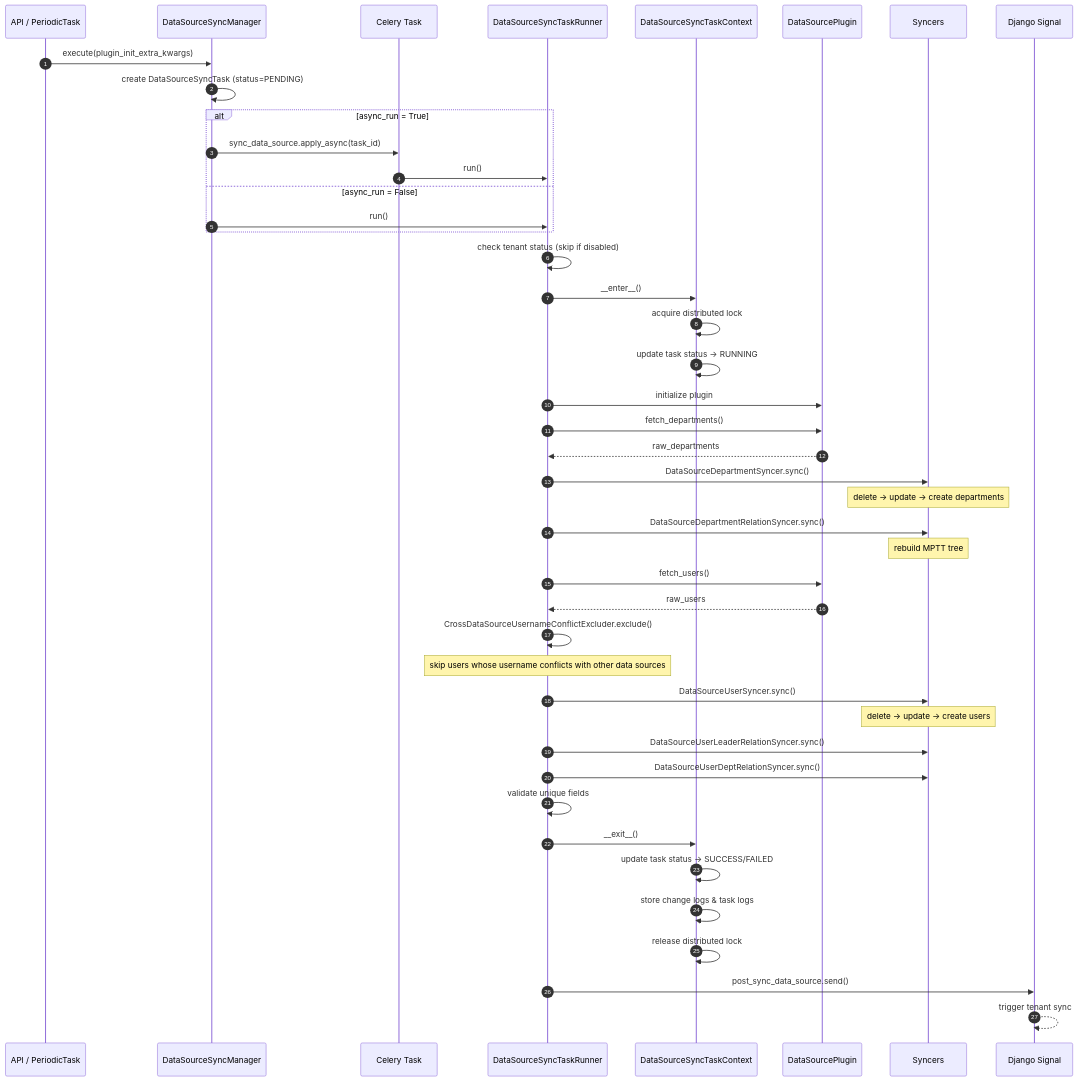
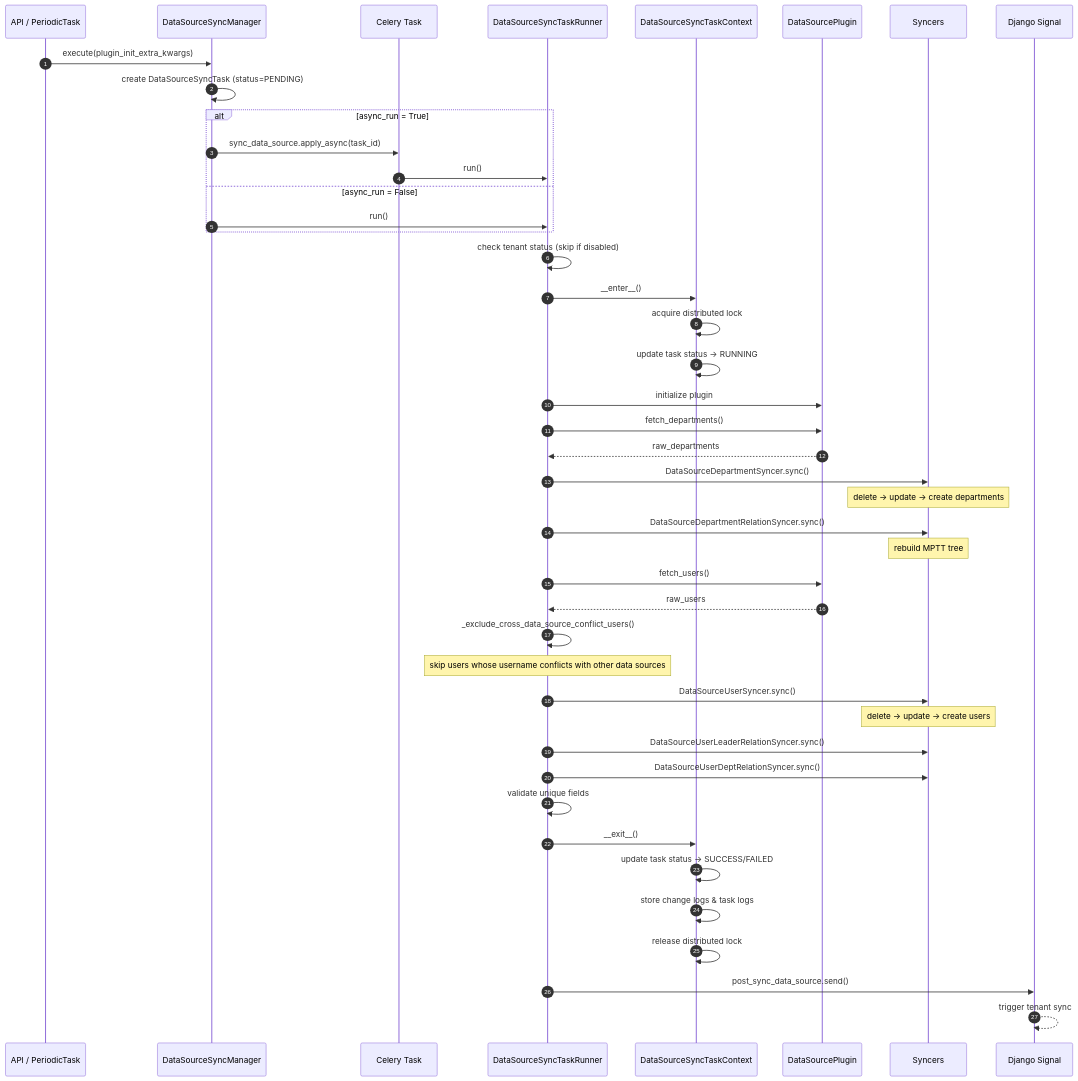
One commit to TencentBlueKing/bk-user changed the first of 3 diagrams in src/bk-user/bkuser/apps/sync/README.md. Above: the diagram before and after it, drawn with Mermaid. The commit also changed other lines of this file and 4 other files, not shown here.

Commit message:
refactor: 不需要抽离一个单独的文件，而是使用 `_exclude_cross_data_source_conflict_users`

````diff
--- a/src/bk-user/bkuser/apps/sync/README.md
+++ b/src/bk-user/bkuser/apps/sync/README.md
@@ -83,56 +82,56 @@
 ```mermaid
 sequenceDiagram
     autonumber
     participant Client as API / PeriodicTask
     participant Manager as DataSourceSyncManager
     participant Task as Celery Task
     participant Runner as DataSourceSyncTaskRunner
     participant Context as DataSourceSyncTaskContext
     participant Plugin as DataSourcePlugin
     participant Syncers as Syncers
     participant Signal as Django Signal
 
     Client->>Manager: execute(plugin_init_extra_kwargs)
     Manager->>Manager: create DataSourceSyncTask (status=PENDING)
 
     alt async_run = True
         Manager->>Task: sync_data_source.apply_async(task_id)
         Task->>Runner: run()
     else async_run = False
         Manager->>Runner: run()
     end
 
     Runner->>Runner: check tenant status (skip if disabled)
     Runner->>Context: __enter__()
     Context->>Context: acquire distributed lock
     Context->>Context: update task status -> RUNNING
 
     Runner->>Plugin: initialize plugin
     Runner->>Plugin: fetch_departments()
     Plugin-->>Runner: raw_departments
 
     Runner->>Syncers: DataSourceDepartmentSyncer.sync()
     Note over Syncers: delete -> update -> create departments
     Runner->>Syncers: DataSourceDepartmentRelationSyncer.sync()
     Note over Syncers: rebuild MPTT tree
 
     Runner->>Plugin: fetch_users()
     Plugin-->>Runner: raw_users
 
-    Runner->>Runner: CrossDataSourceUsernameConflictExcluder.exclude()
+    Runner->>Runner: _exclude_cross_data_source_conflict_users()
     Note over Runner: skip users whose username conflicts with other data sources
     Runner->>Syncers: DataSourceUserSyncer.sync()
     Note over Syncers: delete -> update -> create users
     Runner->>Syncers: DataSourceUserLeaderRelationSyncer.sync()
     Runner->>Syncers: DataSourceUserDeptRelationSyncer.sync()
 
     Runner->>Runner: validate unique fields
 
     Runner->>Context: __exit__()
     Context->>Context: update task status -> SUCCESS/FAILED
     Context->>Context: store change logs & task logs
     Context->>Context: release distributed lock
 
     Runner->>Signal: post_sync_data_source.send()
     Signal-->>Signal: trigger tenant sync
 ```
````
